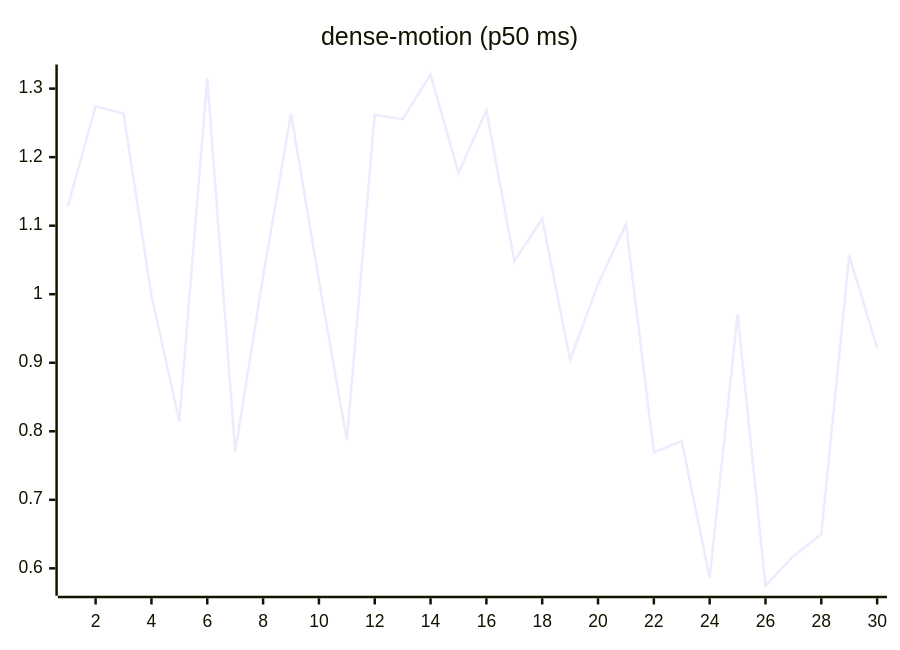
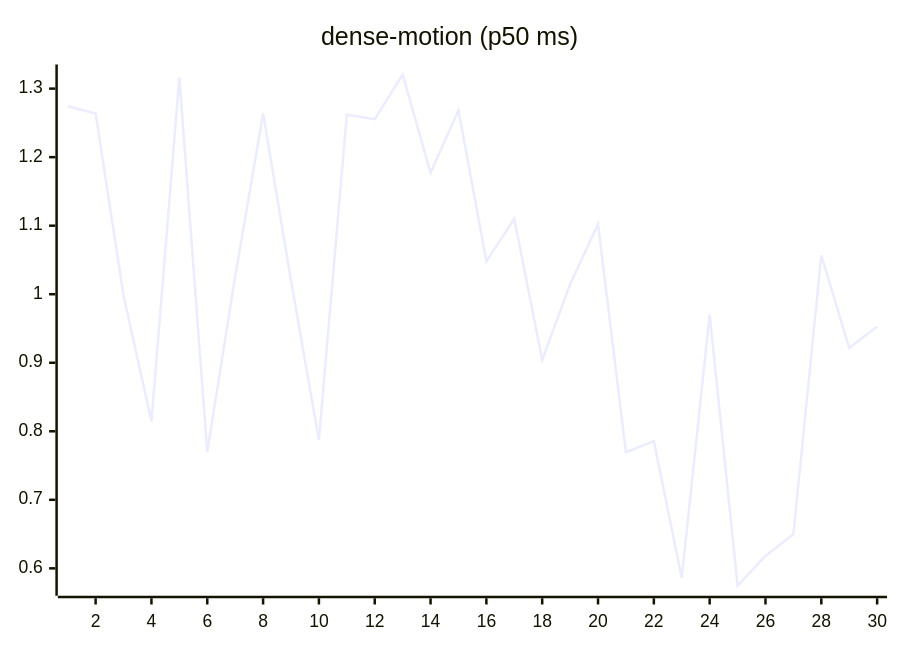
Before and after one commit to josha/Facet: the ninth of 27 diagrams in README.md, drawn with Mermaid. The commit also changed other lines of this file and 2 other files, not shown here.

````diff
--- a/README.md
+++ b/README.md
@@ -119,6 +119,6 @@
 ```mermaid
 xychart-beta
     title "dense-motion (p50 ms)"
     x-axis 1 --> 30
-    line [1.1276, 1.2742, 1.2636, 0.9981, 0.8144, 1.3160, 0.7697, 1.0258, 1.2636, 1.0200, 0.7874, 1.2619, 1.2553, 1.3206, 1.1772, 1.2685, 1.0480, 1.1102, 0.9040, 1.0144, 1.1023, 0.7695, 0.7856, 0.5862, 0.9706, 0.5746, 0.6181, 0.6498, 1.0567, 0.9215]
+    line [1.2742, 1.2636, 0.9981, 0.8144, 1.3160, 0.7697, 1.0258, 1.2636, 1.0200, 0.7874, 1.2619, 1.2553, 1.3206, 1.1772, 1.2685, 1.0480, 1.1102, 0.9040, 1.0144, 1.1023, 0.7695, 0.7856, 0.5862, 0.9706, 0.5746, 0.6181, 0.6498, 1.0567, 0.9215, 0.9530]
 ```
````
